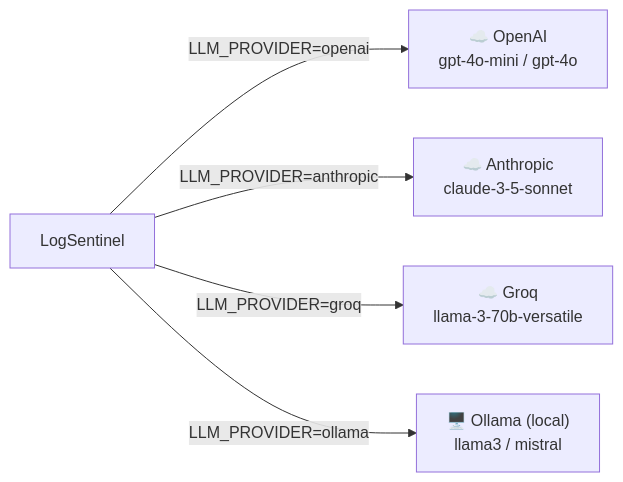
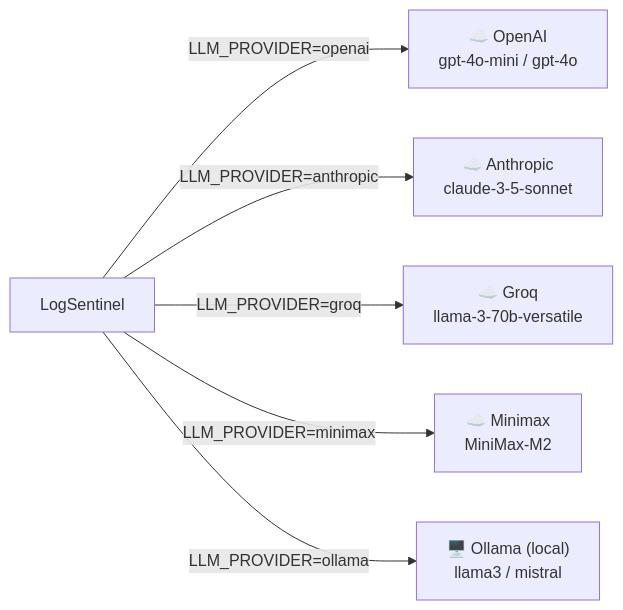
The third of 3 diagrams in README.md (dablon/logsentinel), drawn with Mermaid before and after one commit. The commit also changed other lines of this file and 3 other files, not shown here.

Commit message:
Add Minimax LLM provider support

````diff
--- a/README.md
+++ b/README.md
@@ -359,9 +360,10 @@
 ```mermaid
 graph LR
     LS[LogSentinel]
 
     LS -->|LLM_PROVIDER=openai| OA["☁️ OpenAI<br/>gpt-4o-mini / gpt-4o"]
     LS -->|LLM_PROVIDER=anthropic| AN["☁️ Anthropic<br/>claude-3-5-sonnet"]
     LS -->|LLM_PROVIDER=groq| GR["☁️ Groq<br/>llama-3-70b-versatile"]
+    LS -->|LLM_PROVIDER=minimax| MM["☁️ Minimax<br/>MiniMax-M2"]
     LS -->|LLM_PROVIDER=ollama| OL["🖥️ Ollama (local)<br/>llama3 / mistral"]
 ```
````
